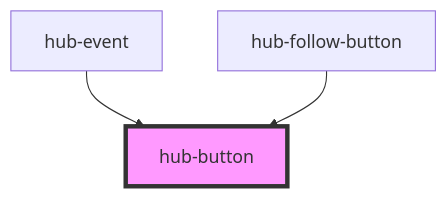
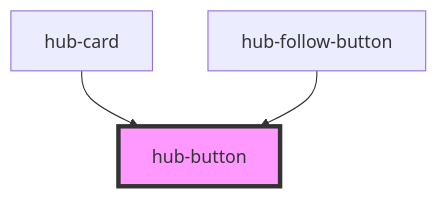
One commit to ajturner/proximity changed the diagram in src/components/hub-button/readme.md. Above: the diagram before and after it, drawn with Mermaid. The commit also changed other lines of this file and 23 other files, not shown here.

Commit message:
Changed event card to use hub card

````diff
--- a/src/components/hub-button/readme.md
+++ b/src/components/hub-button/readme.md
@@ -25,6 +25,6 @@
 ```mermaid
 graph TD;
-  hub-event --> hub-button
+  hub-card --> hub-button
   hub-follow-button --> hub-button
   style hub-button fill:#f9f,stroke:#333,stroke-width:4px
 ```
````
